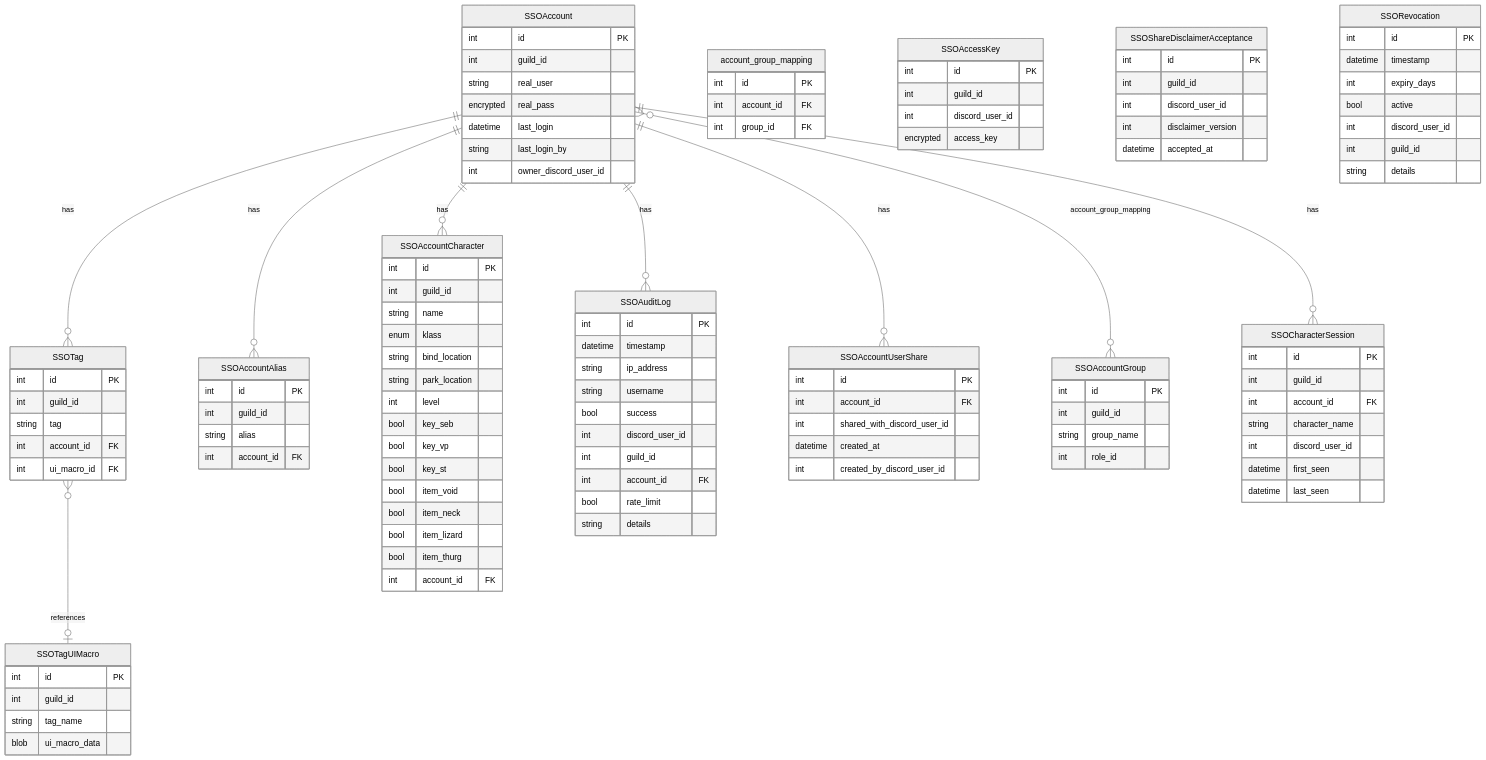
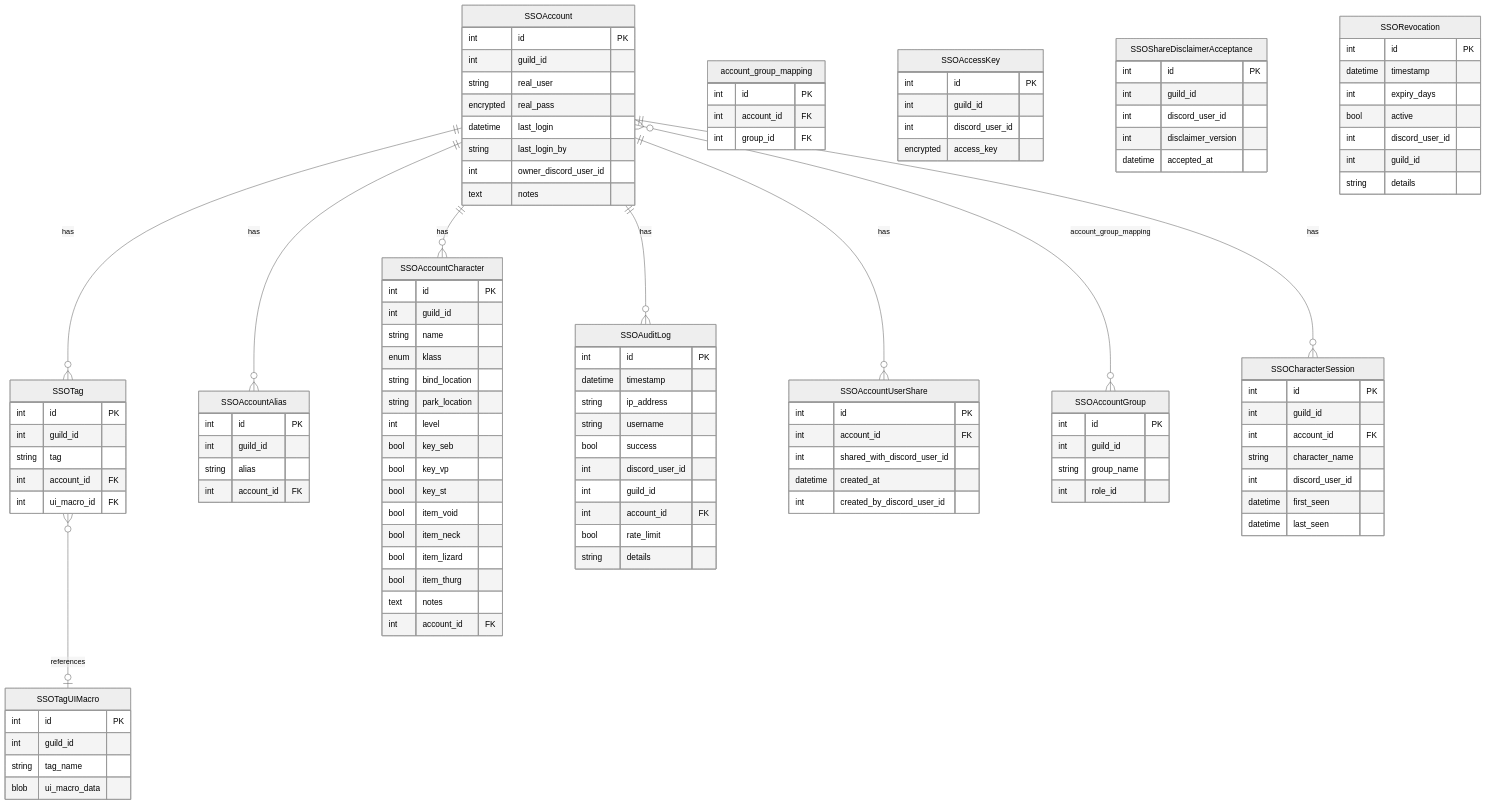
One commit to eq-p99-tools/roboToald changed the diagram in erd/sso_schema.md. Above: the diagram before and after it, drawn with Mermaid (neutral theme). The commit also changed other lines of this file and 21 other files, not shown here.

```diff
--- a/erd/sso_schema.md
+++ b/erd/sso_schema.md
@@ -25,6 +25,7 @@
         datetime last_login
         string last_login_by
         int owner_discord_user_id
+        text notes
     }
 
     SSOAccountGroup {
@@ -100,6 +101,7 @@
         bool item_neck
         bool item_lizard
         bool item_thurg
+        text notes
         int account_id FK
     }
 
```
